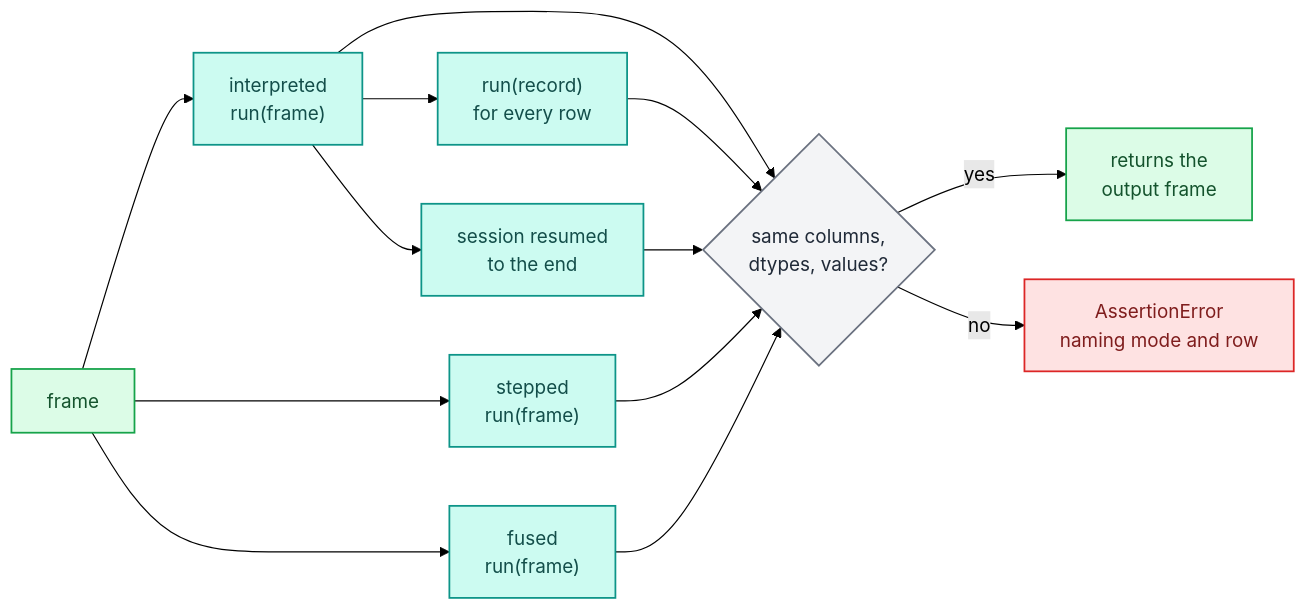
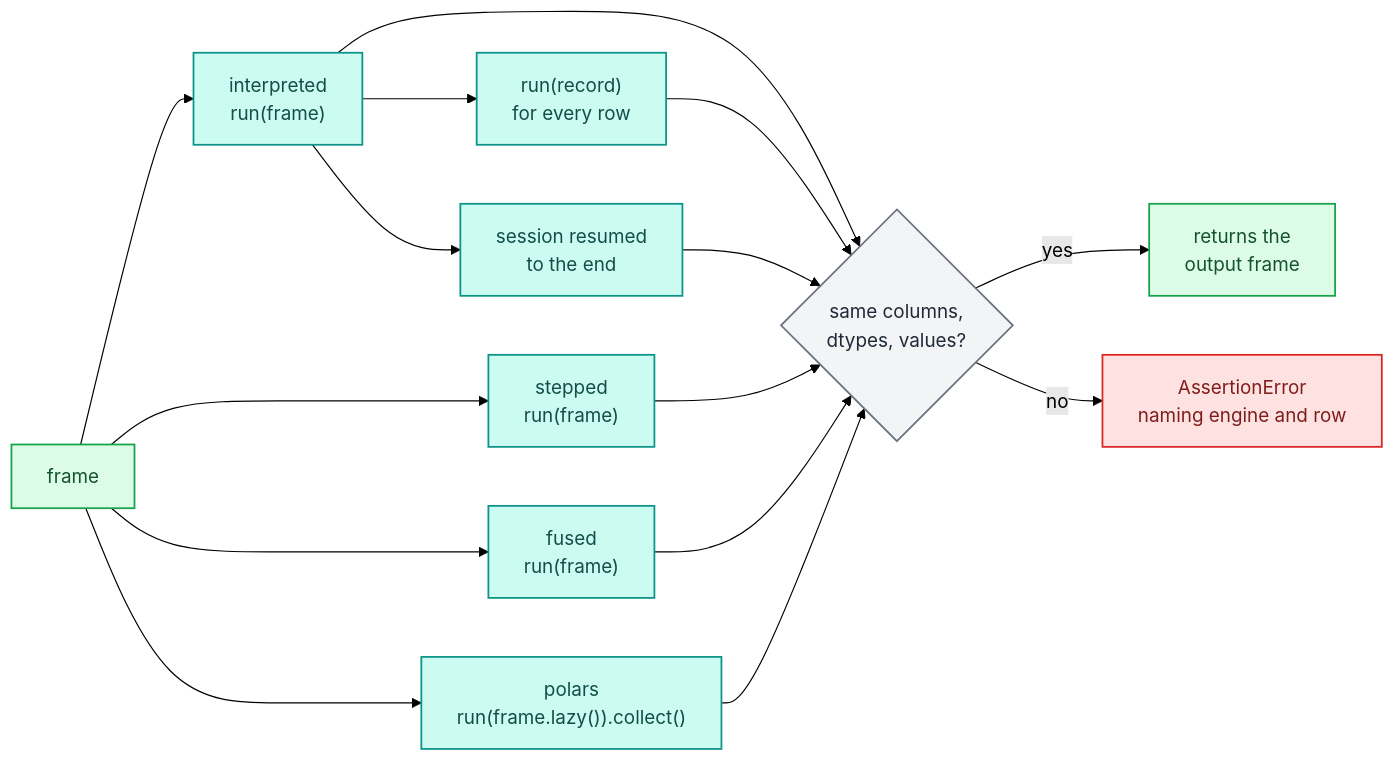
The second of 2 diagrams in docs/guides/debugging-and-testing.md (capitec/dsp-decision-engine), drawn with Mermaid (forest theme) before and after one commit. The commit also changed other lines of this file and 7 other files, not shown here.

Commit message:
docs: the polars engine: a guide section, a user guide page and an architecture page; assert_equivalent's engines in the lab and testing docs

````diff
--- a/docs/guides/debugging-and-testing.md
+++ b/docs/guides/debugging-and-testing.md
@@ -513,23 +513,25 @@
 ```mermaid
 flowchart LR
     F["frame"] --> I["interpreted<br/>run(frame)"]
     F --> S["stepped<br/>run(frame)"]
     F --> U["fused<br/>run(frame)"]
+    F --> L["polars<br/>run(frame.lazy()).collect()"]
     I --> R{"same columns,<br/>dtypes, values?"}
     S --> R
     U --> R
+    L --> R
     I --> P["run(record)<br/>for every row"]
     I --> Q["session resumed<br/>to the end"]
     P --> R
     Q --> R
     R -- yes --> O["returns the<br/>output frame"]
-    R -- no --> E["AssertionError<br/>naming mode and row"]
+    R -- no --> E["AssertionError<br/>naming engine and row"]
     classDef data fill:#dcfce7,stroke:#16a34a,color:#14532d,stroke-width:1.5px;
     classDef engine fill:#ccfbf1,stroke:#0d9488,color:#134e4a,stroke-width:1.5px;
     classDef err fill:#fee2e2,stroke:#dc2626,color:#7f1d1d,stroke-width:1.5px;
     classDef neutral fill:#f3f4f6,stroke:#6b7280,color:#1f2937,stroke-width:1.5px;
     class F,O data
-    class I,S,U,P,Q engine
+    class I,S,U,L,P,Q engine
     class R neutral
     class E err
 ```
````
